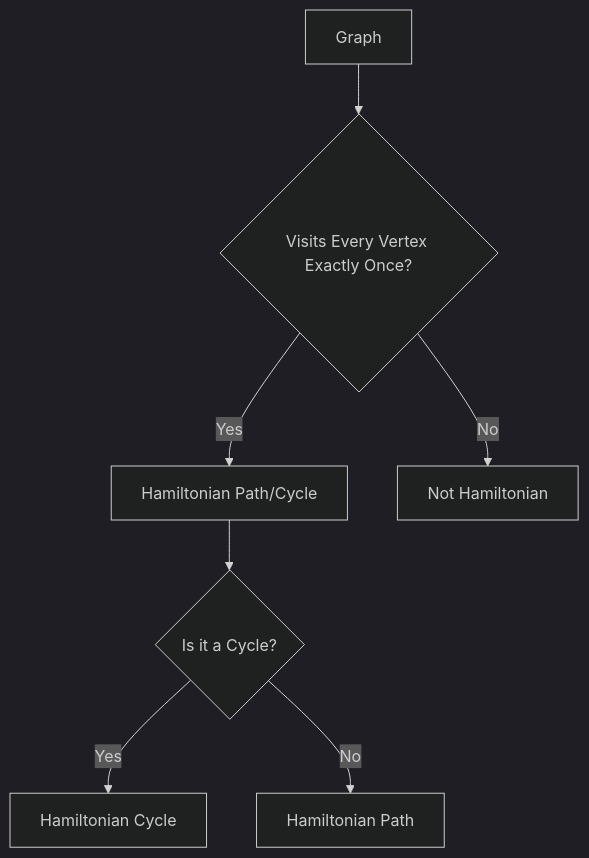
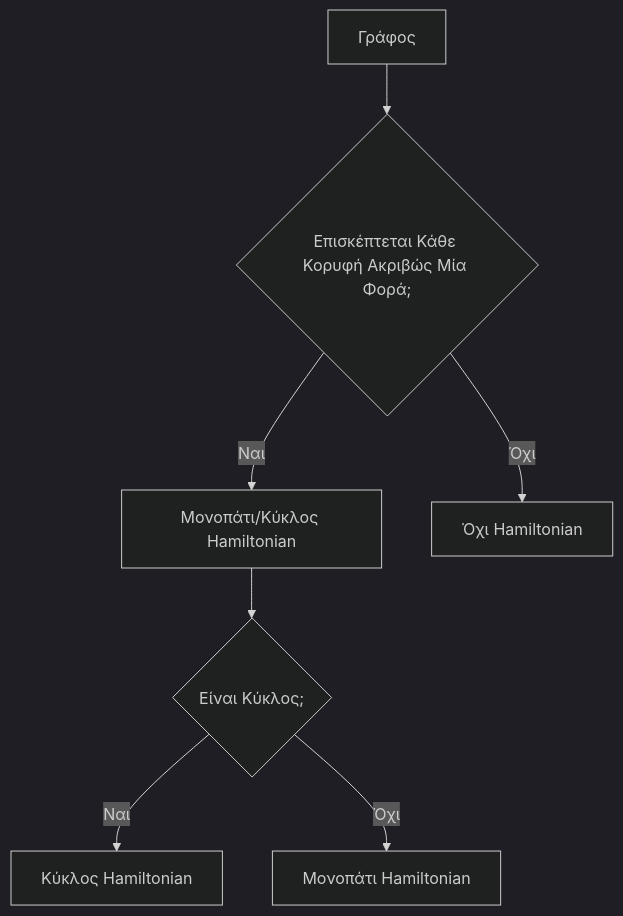
Before and after one commit to PanagopoulosNikolaos/DitOpenNotes: the fifth of 7 diagrams in Year_1/Semester_2/DISCRETE_MATHEMATICS/Resources/Notes/6_Graph Theory.md, drawn with Mermaid (dark theme). The commit also changed other lines of this file and 8 other files, not shown here.

````diff
--- a/Year_1/Semester_2/DISCRETE_MATHEMATICS/Resources/Notes/6_Graph Theory.md
+++ b/Year_1/Semester_2/DISCRETE_MATHEMATICS/Resources/Notes/6_Graph Theory.md
@@ -114,9 +114,9 @@
 ```mermaid
 graph TD
-    A[Graph] --> B{Visits Every Vertex Exactly Once?}
-    B -->|Yes| C[Hamiltonian Path/Cycle]
-    B -->|No| D[Not Hamiltonian]
-    C --> E{Is it a Cycle?}
-    E -->|Yes| F[Hamiltonian Cycle]
-    E -->|No| G[Hamiltonian Path]
+    A[Γράφος] --> B{Επισκέπτεται Κάθε Κορυφή Ακριβώς Μία Φορά;}
+    B -->|Ναι| C[Μονοπάτι/Κύκλος Hamiltonian]
+    B -->|Όχι| D[Όχι Hamiltonian]
+    C --> E{Είναι Κύκλος;}
+    E -->|Ναι| F[Κύκλος Hamiltonian]
+    E -->|Όχι| G[Μονοπάτι Hamiltonian]
 ```
````
